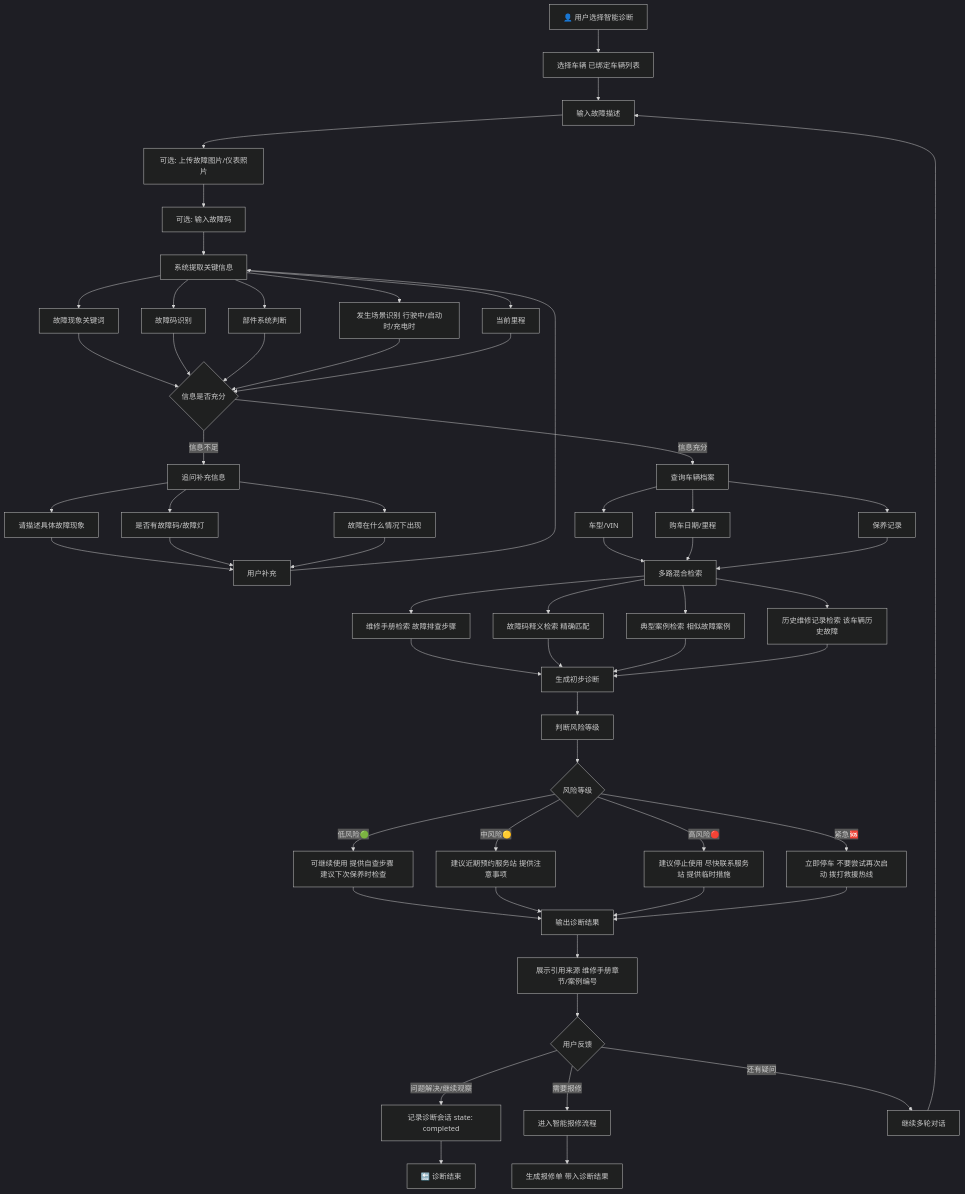
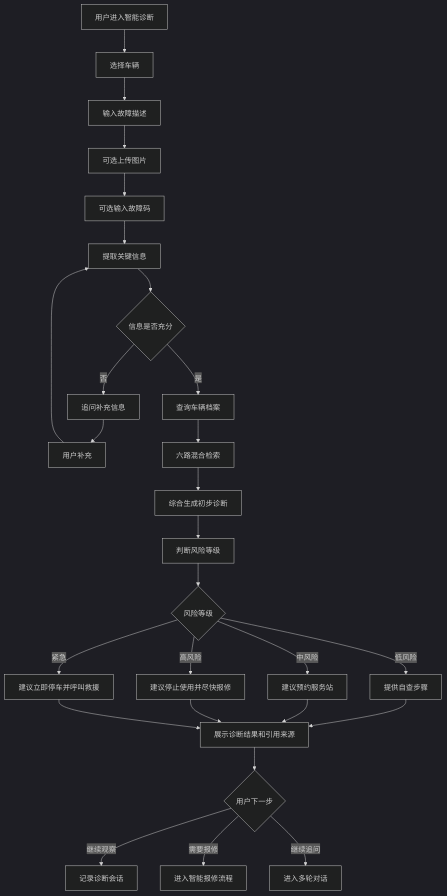
The diagram in flows/03_业务流程/05_智能诊断流程.md (evanwusibin/auto-carcrm), drawn with Mermaid (dark theme) before and after one commit. The commit also changed other lines of this file and 229 other files, not shown here.

````diff
--- a/flows/03_业务流程/05_智能诊断流程.md
+++ b/flows/03_业务流程/05_智能诊断流程.md
@@ -11,72 +11,34 @@
 ```mermaid
 flowchart TD
-    A[👤 用户选择智能诊断] --> B[选择车辆 已绑定车辆列表]
+    A[用户进入智能诊断] --> B[选择车辆]
     B --> C[输入故障描述]
-    C --> D[可选: 上传故障图片/仪表照片]
-    D --> E[可选: 输入故障码]
+    C --> D[可选上传图片]
+    D --> E[可选输入故障码]
 
-    E --> F[系统提取关键信息]
-    F --> F1[故障现象关键词]
-    F --> F2[故障码识别]
-    F --> F3[部件系统判断]
-    F --> F4[发生场景识别 行驶中/启动时/充电时]
-    F --> F5[当前里程]
-
-    F1 --> G{信息是否充分}
-    F2 --> G
-    F3 --> G
-    F4 --> G
-    F5 --> G
-
-    G -- 信息不足 --> H[追问补充信息]
-    H --> H1[请描述具体故障现象]
-    H --> H2[是否有故障码/故障灯]
-    H --> H3[故障在什么情况下出现]
-    H1 --> I[用户补充]
-    H2 --> I
-    H3 --> I
+    E --> F[提取关键信息]
+    F --> G{信息是否充分}
+    G -- 否 --> H[追问补充信息]
+    H --> I[用户补充]
     I --> F
 
-    G -- 信息充分 --> J[查询车辆档案]
-    J --> J1[车型/VIN]
-    J --> J2[购车日期/里程]
-    J --> J3[保养记录]
-
-    J1 --> K[多路混合检索]
-    J2 --> K
-    J3 --> K
-
-    K --> K1[维修手册检索 故障排查步骤]
-    K --> K2[故障码释义检索 精确匹配]
-    K --> K3[典型案例检索 相似故障案例]
-    K --> K4[历史维修记录检索 该车辆历史故障]
-
-    K1 --> L[生成初步诊断]
-    K2 --> L
-    K3 --> L
-    K4 --> L
-
+    G -- 是 --> J[查询车辆档案]
+    J --> K[六路混合检索]
+    K --> L[综合生成初步诊断]
     L --> M[判断风险等级]
 
     M --> N{风险等级}
-    N -- 低风险🟢 --> O1[可继续使用 提供自查步骤 建议下次保养时检查]
-    N -- 中风险🟡 --> O2[建议近期预约服务站 提供注意事项]
-    N -- 高风险🔴 --> O3[建议停止使用 尽快联系服务站 提供临时措施]
-    N -- 紧急🆘 --> O4[立即停车 不要尝试再次启动 拨打救援热线]
+    N -- 低风险 --> O1[提供自查步骤]
+    N -- 中风险 --> O2[建议预约服务站]
+    N -- 高风险 --> O3[建议停止使用并尽快报修]
+    N -- 紧急 --> O4[建议立即停车并呼叫救援]
 
-    O1 --> P[输出诊断结果]
+    O1 --> P[展示诊断结果和引用来源]
     O2 --> P
     O3 --> P
     O4 --> P
 
-    P --> Q[展示引用来源 维修手册章节/案例编号]
-
-    Q --> R{用户反馈}
-    R -- 问题解决/继续观察 --> S[记录诊断会话 state: completed]
-    R -- 需要报修 --> T[进入智能报修流程]
-    R -- 还有疑问 --> U[继续多轮对话]
-
-    U --> C
-    T --> V[生成报修单 带入诊断结果]
-    S --> W[🔚 诊断结束]
+    P --> Q{用户下一步}
+    Q -- 继续观察 --> R[记录诊断会话]
+    Q -- 需要报修 --> S[进入智能报修流程]
+    Q -- 继续追问 --> T[进入多轮对话]
 ```
````
